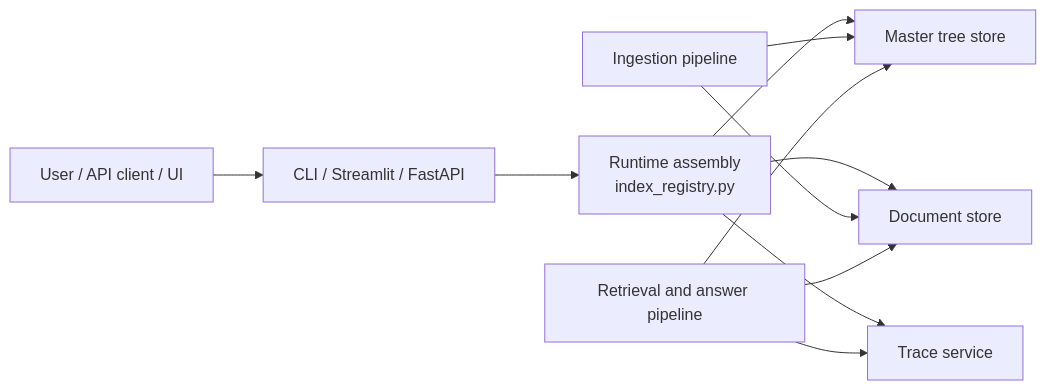
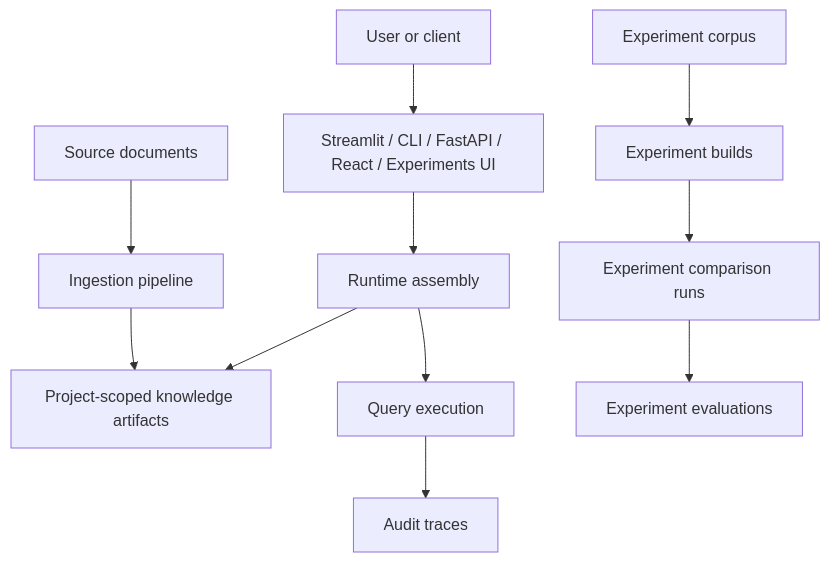
Before and after one commit to iluko/DocIndex: the first of 3 diagrams in docs/architecture-map.md, drawn with Mermaid. The commit also changed other lines of this file and 16 other files, not shown here.

Commit message:
Refactor nxgen_golden_dataset.mapped.csv with updated questions and answers; add Experiments UI documentation and initial Streamlit app structure; include .DS_Store file for macOS compatibility.

````diff
--- a/docs/architecture-map.md
+++ b/docs/architecture-map.md
@@ -31,15 +48,16 @@
 ```mermaid
-flowchart LR
-    User["User / API client / UI"] --> Interface["CLI / Streamlit / FastAPI"]
-    Interface --> Runtime["Runtime assembly<br/>index_registry.py"]
-    Runtime --> MasterTree["Master tree store"]
-    Runtime --> DocStore["Document store"]
-    Runtime --> TraceService["Trace service"]
+flowchart TD
+    User["User or client"] --> Surface["Streamlit / CLI / FastAPI / React / Experiments UI"]
+    Surface --> Runtime["Runtime assembly"]
 
-    Ingestion["Ingestion pipeline"] --> DocStore
-    Ingestion --> MasterTree
+    Runtime --> Knowledge["Project-scoped knowledge artifacts"]
+    Runtime --> Query["Query execution"]
+    Query --> Trace["Audit traces"]
 
-    Query["Retrieval and answer pipeline"] --> MasterTree
-    Query --> DocStore
-    Query --> TraceService
+    Source["Source documents"] --> Ingest["Ingestion pipeline"]
+    Ingest --> Knowledge
+
+    Corpus["Experiment corpus"] --> Build["Experiment builds"]
+    Build --> Compare["Experiment comparison runs"]
+    Compare --> Eval["Experiment evaluations"]
 ```
````
